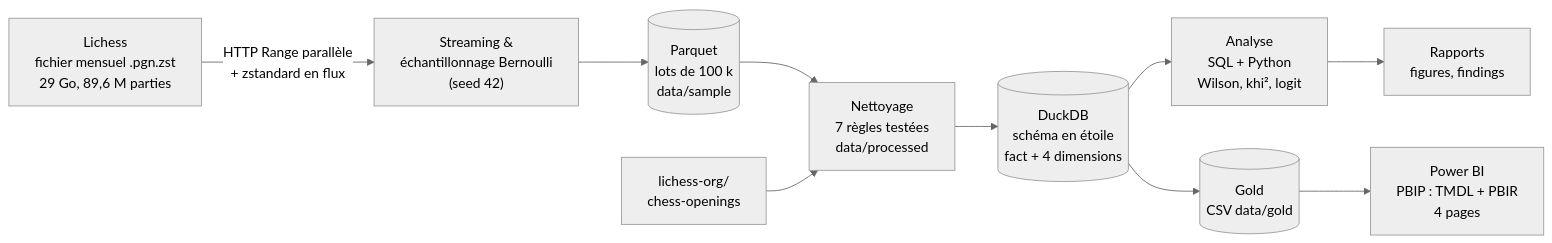
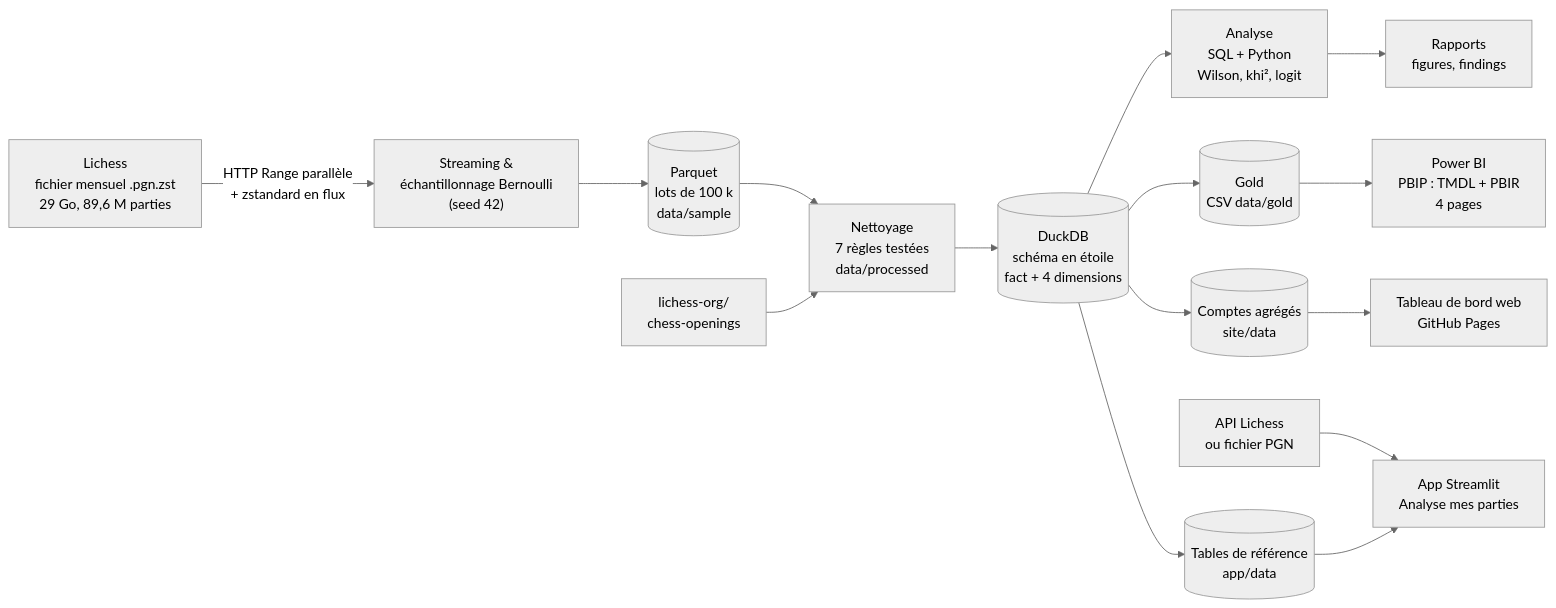
The diagram in README.md (Oussama-essalehi/64-Squares), drawn with Mermaid (neutral theme) before and after one commit. The commit also changed other lines of this file, not shown here.

Commit message:
docs: present the web dashboard and the app in the readme

````diff
--- a/README.md
+++ b/README.md
@@ -116,12 +137,17 @@
 ```mermaid
 flowchart LR
     A["Lichess<br/>fichier mensuel .pgn.zst<br/>29 Go, 89,6 M parties"] -->|"HTTP Range parallèle<br/>+ zstandard en flux"| B["Streaming &<br/>échantillonnage Bernoulli<br/>(seed 42)"]
     B --> C[("Parquet<br/>lots de 100 k<br/>data/sample")]
     C --> D["Nettoyage<br/>7 règles testées<br/>data/processed"]
     O["lichess-org/<br/>chess-openings"] --> D
     D --> E[("DuckDB<br/>schéma en étoile<br/>fact + 4 dimensions")]
     E --> F["Analyse<br/>SQL + Python<br/>Wilson, khi², logit"]
     F --> G["Rapports<br/>figures, findings"]
     E --> H[("Gold<br/>CSV data/gold")]
     H --> I["Power BI<br/>PBIP : TMDL + PBIR<br/>4 pages"]
+    E --> J[("Comptes agrégés<br/>site/data")]
+    J --> K["Tableau de bord web<br/>GitHub Pages"]
+    E --> L[("Tables de référence<br/>app/data")]
+    M["API Lichess<br/>ou fichier PGN"] --> N["App Streamlit<br/>Analyse mes parties"]
+    L --> N
 ```
````
